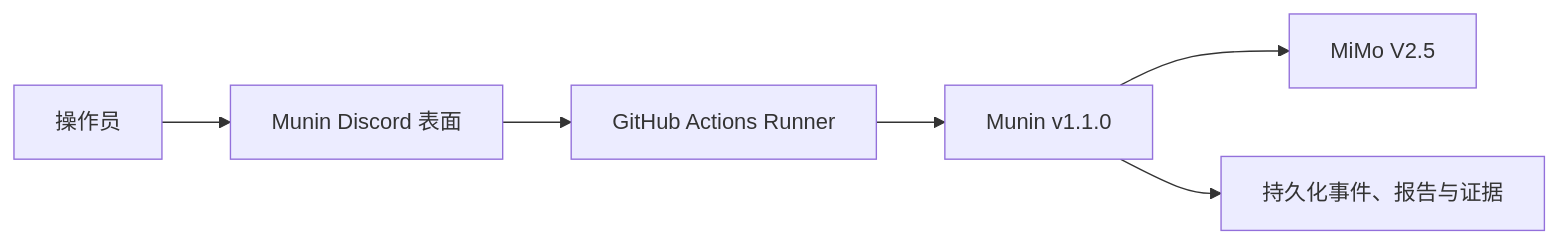
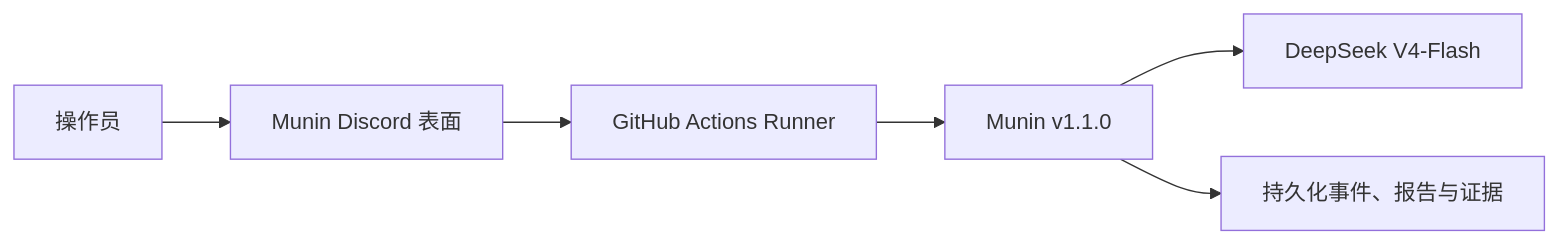
The first of 5 diagrams in README.zh-CN.md (PrinceOfPwn/Munin), drawn with Mermaid before and after one commit. The commit also changed other lines of this file and 15 other files, not shown here.

First line of the commit message:
feat(model): switch default runtime model to DeepSeek V4-Flash Free (deepseek-v4-flash-free via OpenCode Zen)

````diff
--- a/README.zh-CN.md
+++ b/README.zh-CN.md
@@ -49,8 +49,8 @@
 ```mermaid
 flowchart LR
     Operator[操作员] --> Discord[Munin Discord 表面]
     Discord --> Actions[GitHub Actions Runner]
     Actions --> Runtime[Munin v1.1.0]
-    Runtime --> Model[MiMo V2.5]
+    Runtime --> Model[DeepSeek V4-Flash]
     Runtime --> Evidence[持久化事件、报告与证据]
 ```
````
